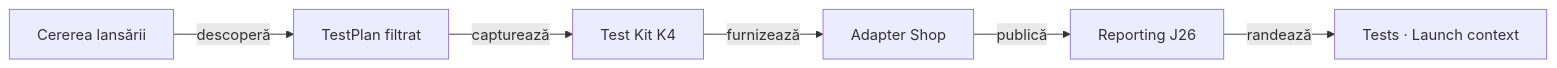
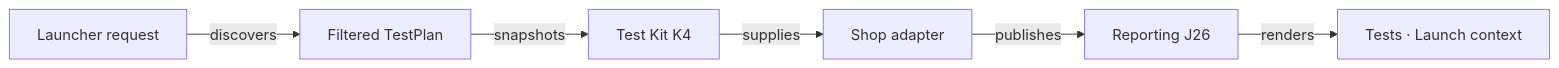
Before and after one commit to crististefanita/atf_j0: the sixth of 13 diagrams in atf-test-practice-shop/README.md, drawn with Mermaid. The commit also changed other lines of this file and 113 other files, not shown here.

````diff
--- a/atf-test-practice-shop/README.md
+++ b/atf-test-practice-shop/README.md
@@ -618,8 +700,8 @@
 ```mermaid
 flowchart LR
-    Request["Cererea lansării"] -->|descoperă| Plan["TestPlan filtrat"]
-    Plan -->|capturează| Kit["Test Kit K4"]
-    Kit -->|furnizează| Adapter["Adapter Shop"]
-    Adapter -->|publică| Reporting["Reporting J26"]
-    Reporting -->|randează| Tests["Tests · Launch context"]
+    Request["Launcher request"] -->|discovers| Plan["Filtered TestPlan"]
+    Plan -->|snapshots| Kit["Test Kit K4"]
+    Kit -->|supplies| Adapter["Shop adapter"]
+    Adapter -->|publishes| Reporting["Reporting J26"]
+    Reporting -->|renders| Tests["Tests · Launch context"]
 ```
````
